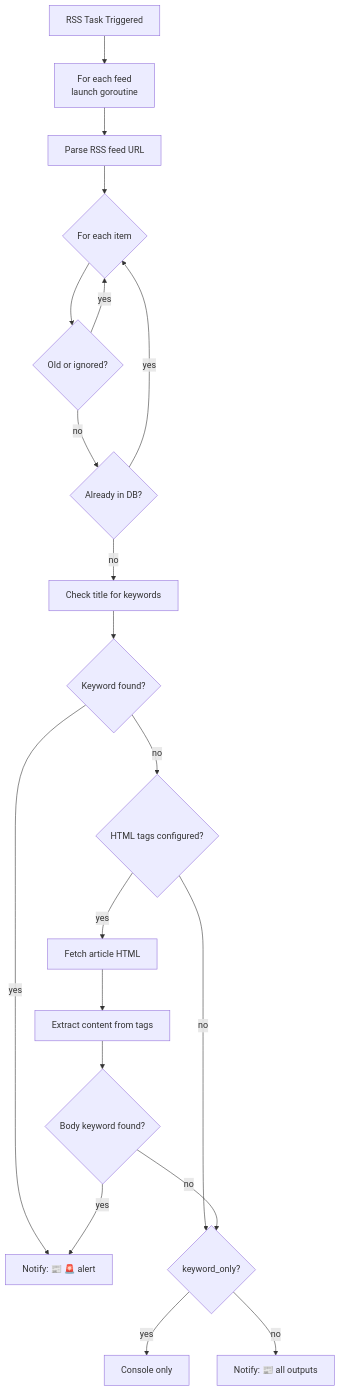
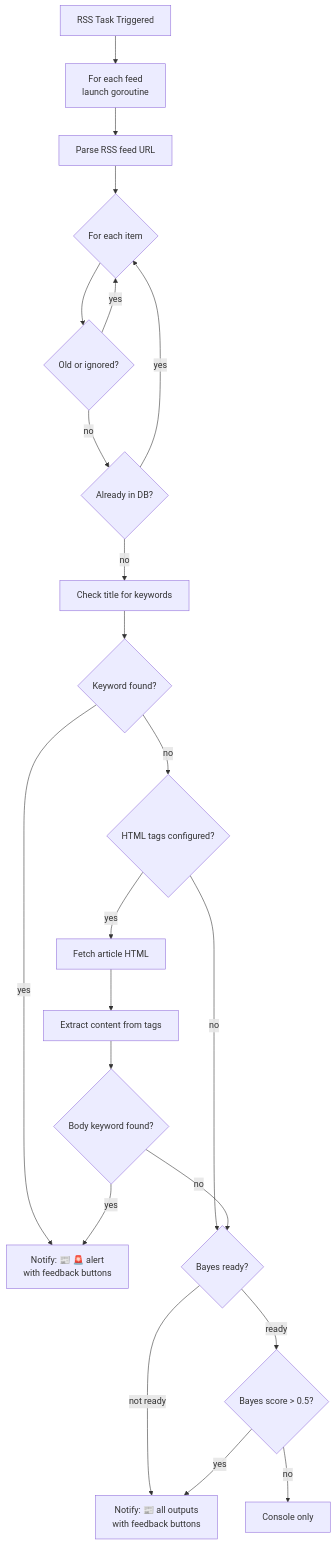
One commit to antfie/FoxBot changed the fourth of 7 diagrams in docs/architecture.md. Above: the diagram before and after it, drawn with Mermaid. The commit also changed other lines of this file and 15 other files, not shown here.

````diff
--- a/docs/architecture.md
+++ b/docs/architecture.md
@@ -68,22 +74,24 @@
 ```mermaid
 flowchart TD
     A[RSS Task Triggered] --> B[For each feed<br/>launch goroutine]
     B --> C[Parse RSS feed URL]
     C --> D{For each item}
     D --> E{Old or ignored?}
     E -->|yes| D
     E -->|no| F{Already in DB?}
     F -->|yes| D
     F -->|no| G[Check title for keywords]
     G --> H{Keyword found?}
-    H -->|yes| I["Notify: 📰 🚨 alert"]
+    H -->|yes| I["Notify: 📰 🚨 alert<br/>with feedback buttons"]
     H -->|no| J{HTML tags configured?}
-    J -->|no| K{keyword_only?}
+    J -->|no| K{Bayes ready?}
     J -->|yes| L[Fetch article HTML]
     L --> M[Extract content from tags]
     M --> N{Body keyword found?}
     N -->|yes| I
     N -->|no| K
-    K -->|yes| O[Console only]
-    K -->|no| P["Notify: 📰 all outputs"]
+    K -->|not ready| P["Notify: 📰 all outputs<br/>with feedback buttons"]
+    K -->|ready| Q{Bayes score > 0.5?}
+    Q -->|yes| P
+    Q -->|no| O[Console only]
 ```
````
